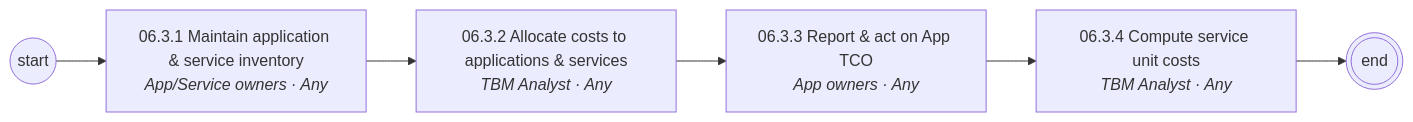
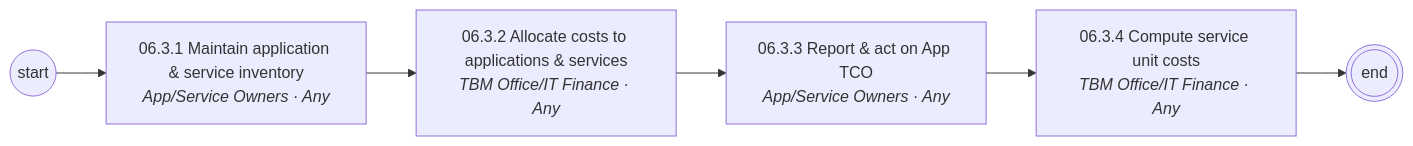
The fourth of 7 diagrams in diagrams/mermaid/area-06.md (corbyjames/apptio-process-catalog), drawn with Mermaid before and after one commit. The commit also changed other lines of this file and 251 other files, not shown here.

````diff
--- a/diagrams/mermaid/area-06.md
+++ b/diagrams/mermaid/area-06.md
@@ -57,13 +57,13 @@
 ```mermaid
 flowchart LR
   S((start))
-  N06_3_1["06.3.1 Maintain application & service inventory<br/><i>App/Service owners · Any</i>"]
+  N06_3_1["06.3.1 Maintain application & service inventory<br/><i>App/Service Owners · Any</i>"]
   S --> N06_3_1
-  N06_3_2["06.3.2 Allocate costs to applications & services<br/><i>TBM Analyst · Any</i>"]
+  N06_3_2["06.3.2 Allocate costs to applications & services<br/><i>TBM Office/IT Finance · Any</i>"]
   N06_3_1 --> N06_3_2
-  N06_3_3["06.3.3 Report & act on App TCO<br/><i>App owners · Any</i>"]
+  N06_3_3["06.3.3 Report & act on App TCO<br/><i>App/Service Owners · Any</i>"]
   N06_3_2 --> N06_3_3
-  N06_3_4["06.3.4 Compute service unit costs<br/><i>TBM Analyst · Any</i>"]
+  N06_3_4["06.3.4 Compute service unit costs<br/><i>TBM Office/IT Finance · Any</i>"]
   N06_3_3 --> N06_3_4
   N06_3_4 --> E(((end)))
 ```
````
